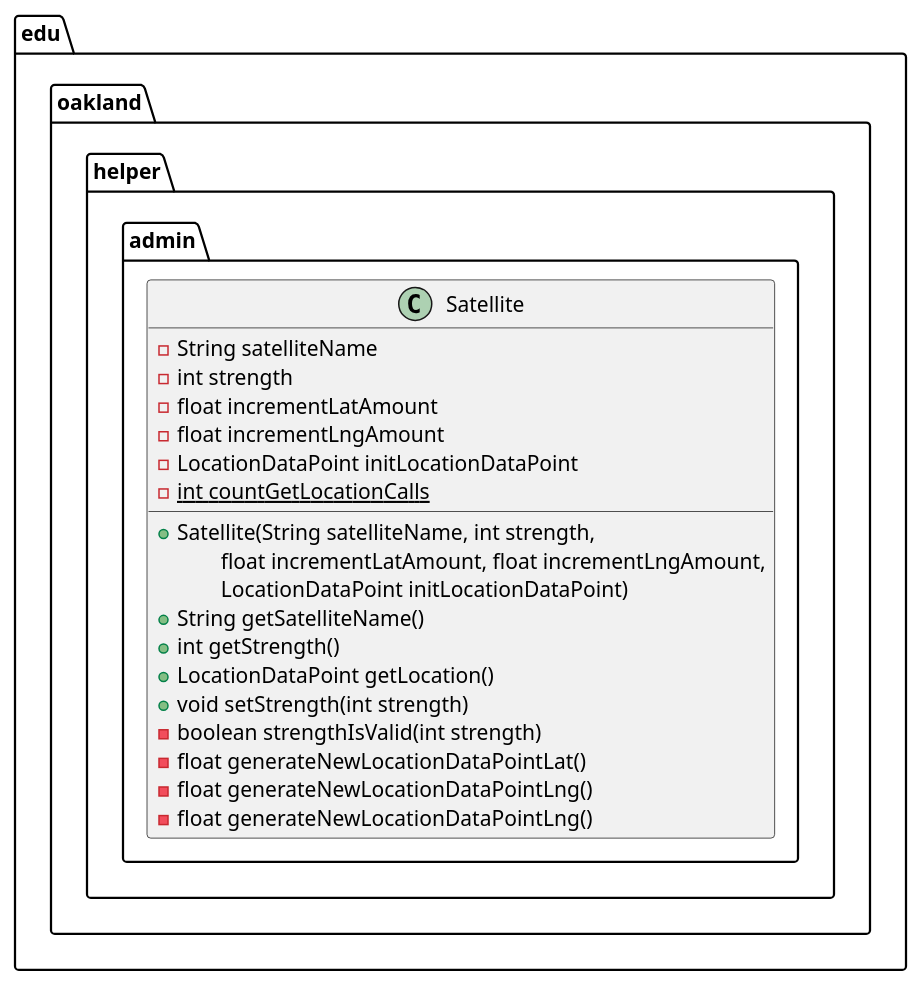
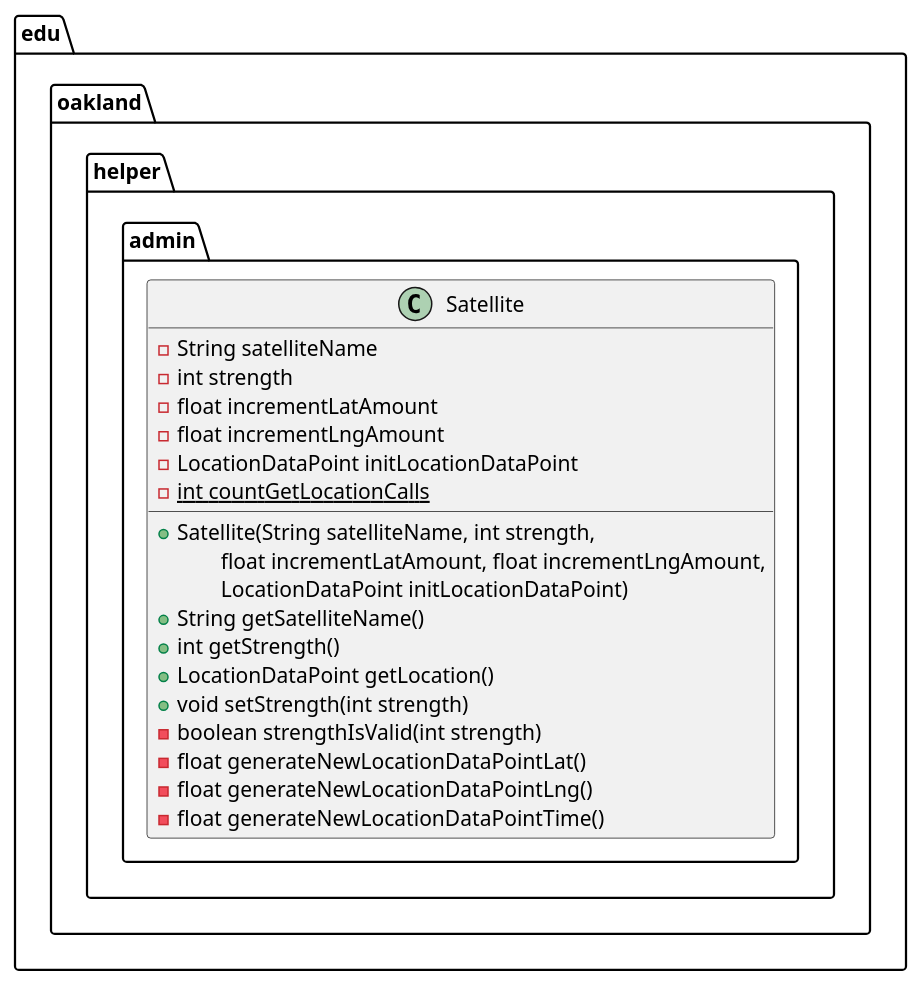
The diagram in docs/uml-class-diagrams/admin/helper/Satellite/Satellite.puml (elilley15/csi-3370-software-project), drawn with PlantUML before and after one commit. The commit also changed 37 other files, not shown here.

```diff
--- a/docs/uml-class-diagrams/admin/helper/Satellite/Satellite.puml
+++ b/docs/uml-class-diagrams/admin/helper/Satellite/Satellite.puml
@@ -1,26 +1,26 @@
 @startuml Satellite
 
 package edu.oakland.helper.admin {
     class Satellite {
         - String satelliteName
         - int strength
         - float incrementLatAmount
         - float incrementLngAmount
         - LocationDataPoint initLocationDataPoint
         {static} - int countGetLocationCalls
         __
         + Satellite(String satelliteName, int strength,
         \tfloat incrementLatAmount, float incrementLngAmount,
         \tLocationDataPoint initLocationDataPoint)
         + String getSatelliteName()
         + int getStrength()
         + LocationDataPoint getLocation()
         + void setStrength(int strength)
         - boolean strengthIsValid(int strength)
         - float generateNewLocationDataPointLat()
         - float generateNewLocationDataPointLng()
-        - float generateNewLocationDataPointLng()
+        - float generateNewLocationDataPointTime()
     }
 }
 
 @enduml
```
